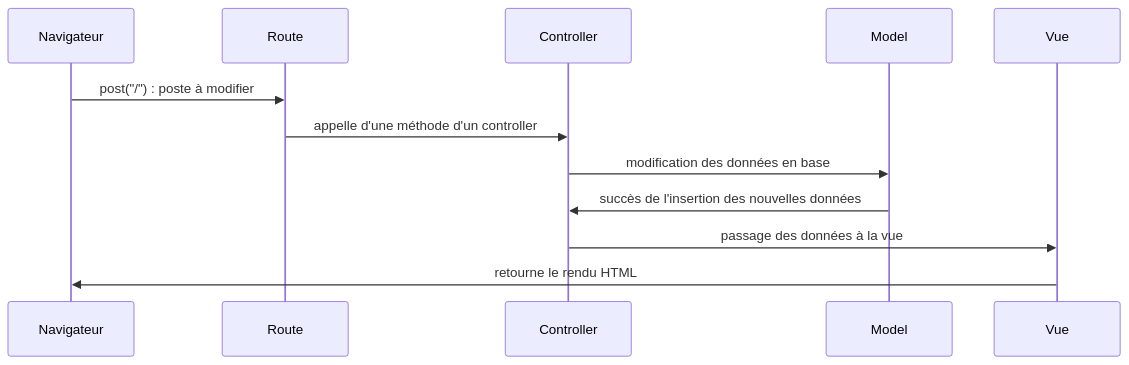
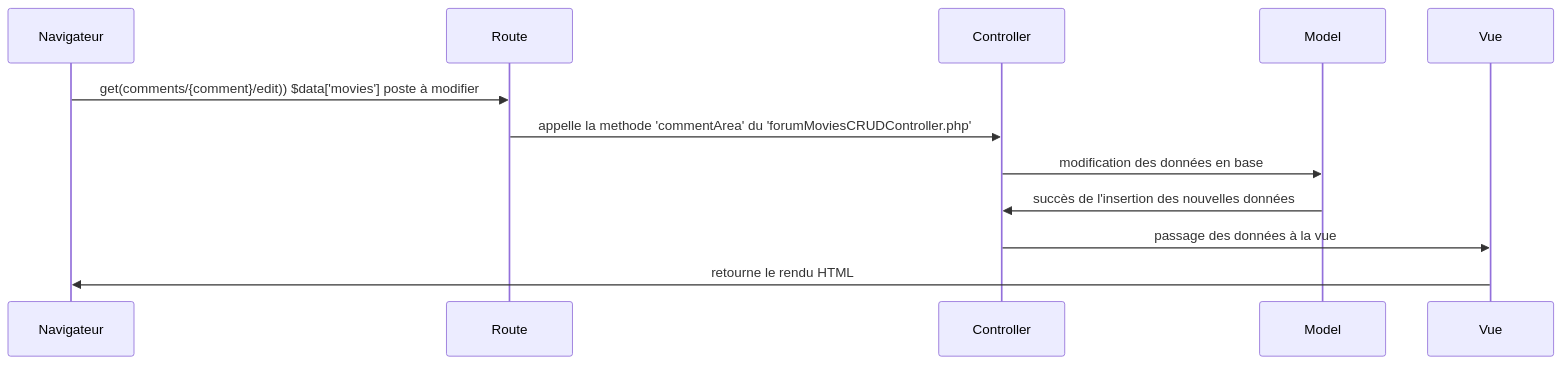
One commit to Colossus1985/Sprint-07 changed the fourth of 5 diagrams in README.md. Above: the diagram before and after it, drawn with Mermaid. The commit also changed other lines of this file and 1 other file, not shown here.

Commit message:
mis a jour uml

````diff
--- a/README.md
+++ b/README.md
@@ -78,16 +59,16 @@
 ```mermaid
 sequenceDiagram
 participant Navigateur
 participant Route
 participant Controller
 participant Model
 participant Vue
 
-Navigateur->>Route: post("/") : poste à modifier
-Route->>Controller: appelle d'une méthode d'un controller
+Navigateur->>Route: get(comments/{comment}/edit)) $data['movies'] poste à modifier
+Route->>Controller: appelle la methode 'commentArea' du 'forumMoviesCRUDController.php' 
 Controller->>Model: modification des données en base
 Model->>Controller: succès de l'insertion des nouvelles données
 Controller->>Vue: passage des données à la vue
 Vue->>Navigateur: retourne le rendu HTML
 
 ```
````
